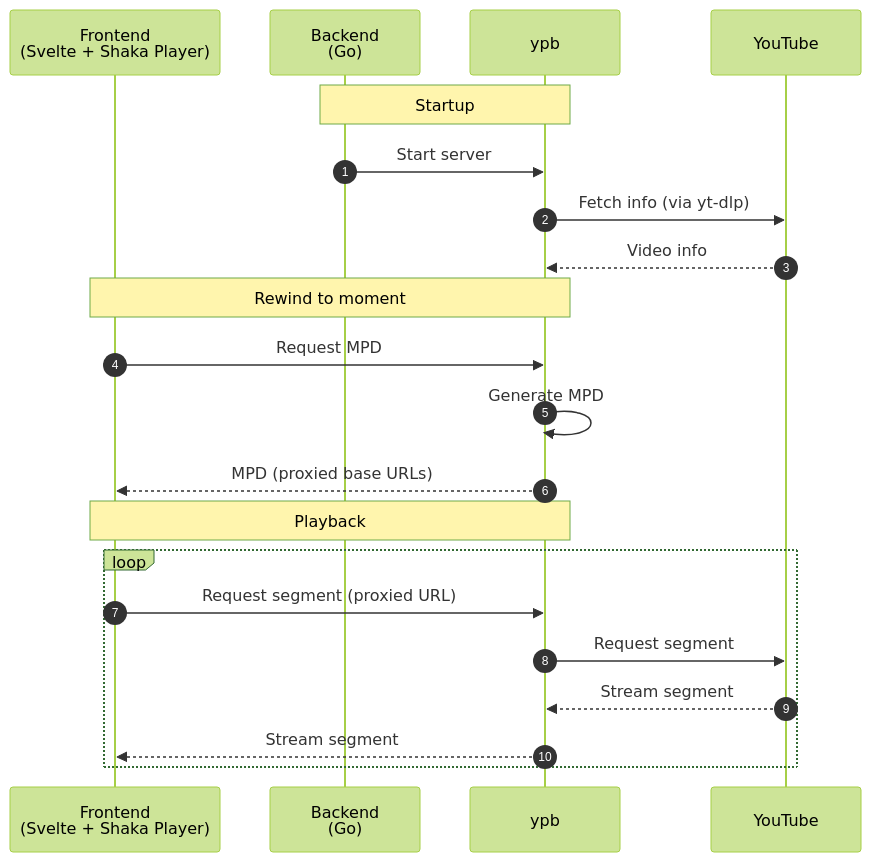
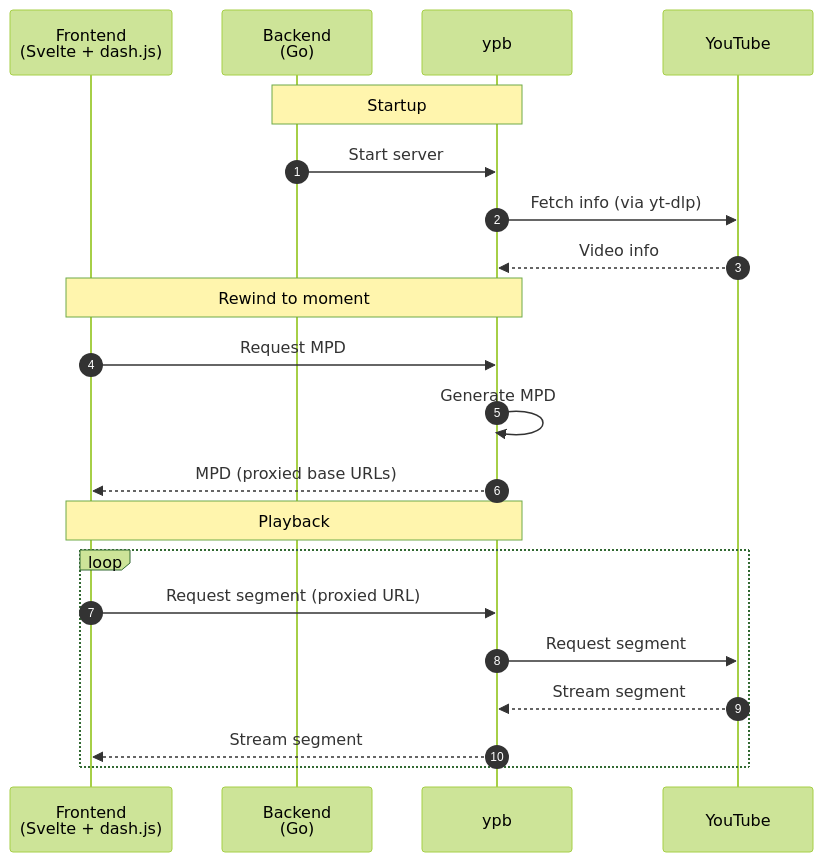
One commit to xymaxim/rewyt changed the diagram in docs/src/overview.md. Above: the diagram before and after it, drawn with Mermaid (forest theme).

Commit message:
docs: reference dash.js instead of Shaka Player

````diff
--- a/docs/src/overview.md
+++ b/docs/src/overview.md
@@ -8,26 +8,26 @@
 ```mermaid
 sequenceDiagram
     autonumber
-    participant A as Frontend<br/>(Svelte + Shaka Player)
+    participant A as Frontend<br/>(Svelte + dash.js)
     participant B as Backend<br/>(Go)
     participant C as ypb
     participant Y as YouTube
 
     note over B,C: Startup
     B->>C: Start server
     C->>Y: Fetch info (via yt-dlp)
     Y-->>C: Video info
 
     note over A,C: Rewind to moment
     A->>C: Request MPD
     C->>C: Generate MPD
     C-->>A: MPD (proxied base URLs)
 
     note over A,C: Playback
     loop
         A->>C: Request segment (proxied URL)
         C->>Y: Request segment
         Y-->>C: Stream segment
         C-->>A: Stream segment
     end
 ```
````
